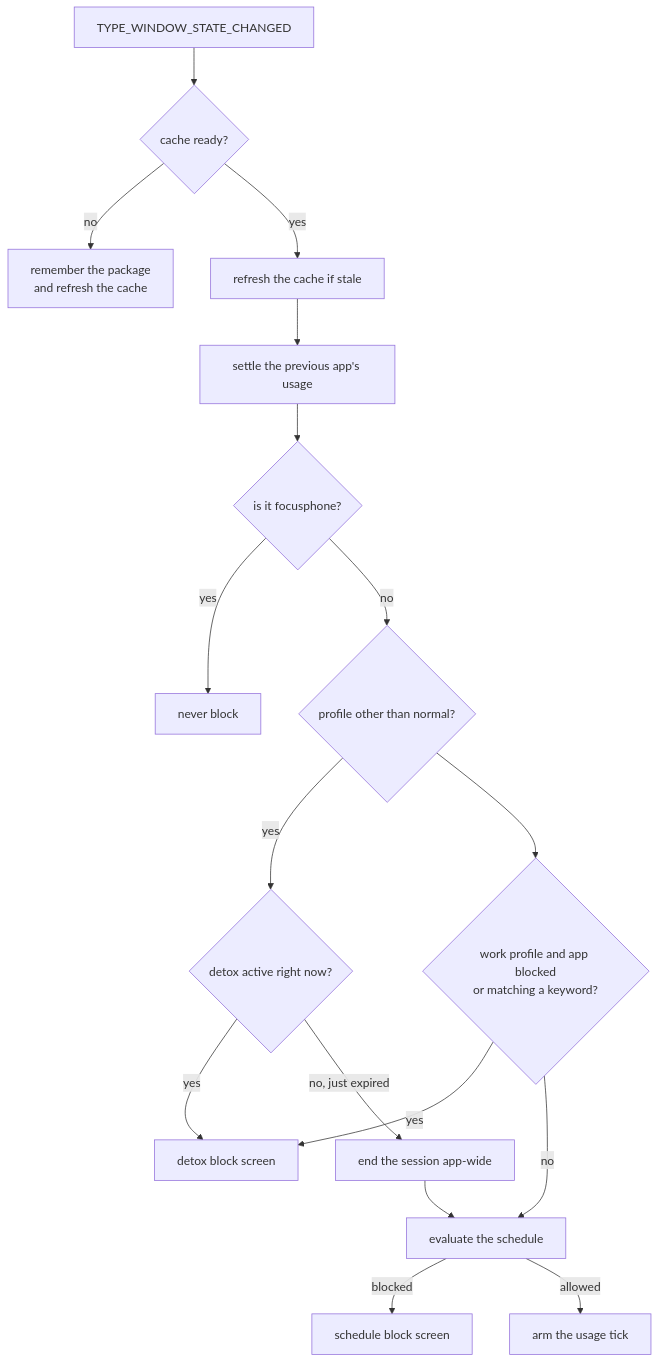
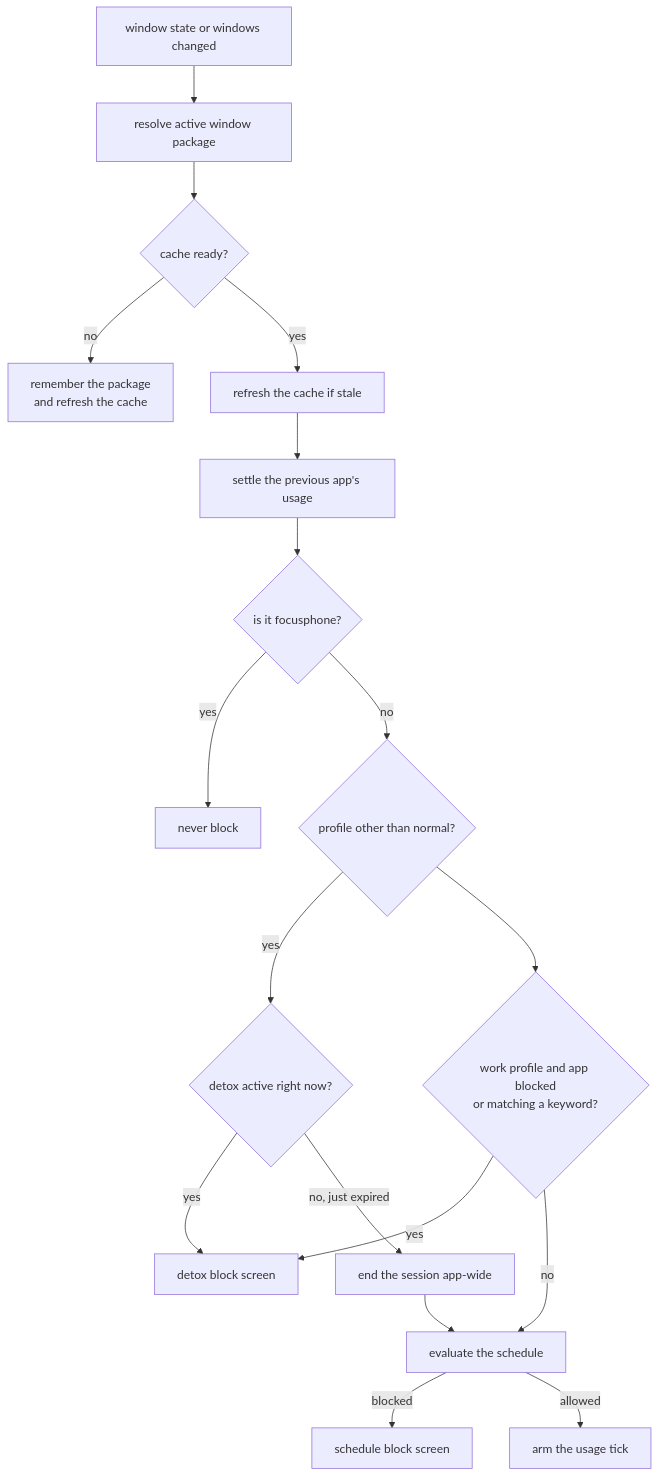
One commit to rezzt-dev/focusphone-app changed the first of 2 diagrams in documentation/en/developers/09-system-services.md. Above: the diagram before and after it, drawn with Mermaid. The commit also changed other lines of this file and 13 other files, not shown here.

````diff
--- a/documentation/en/developers/09-system-services.md
+++ b/documentation/en/developers/09-system-services.md
@@ -49,19 +51,20 @@
 ```mermaid
 flowchart TD
-    E["TYPE_WINDOW_STATE_CHANGED"] --> C{"cache ready?"}
+    E["window state or windows changed"] --> P["resolve active window package"]
+    P --> C{"cache ready?"}
     C -->|"no"| C1["remember the package<br>and refresh the cache"]
     C -->|"yes"| D["refresh the cache if stale"]
     D --> F["settle the previous app's usage"]
     F --> G{"is it focusphone?"}
     G -->|"yes"| Z["never block"]
     G -->|"no"| H{"profile other than normal?"}
     H -->|"yes"| I{"detox active right now?"}
     I -->|"yes"| BL["detox block screen"]
     I -->|"no, just expired"| EX["end the session app-wide"]
     H --> J{"work profile and app blocked<br>or matching a keyword?"}
     J -->|"yes"| BL
     J -->|"no"| K["evaluate the schedule"]
     EX --> K
     K -->|"blocked"| BS["schedule block screen"]
     K -->|"allowed"| T["arm the usage tick"]
 ```
````
